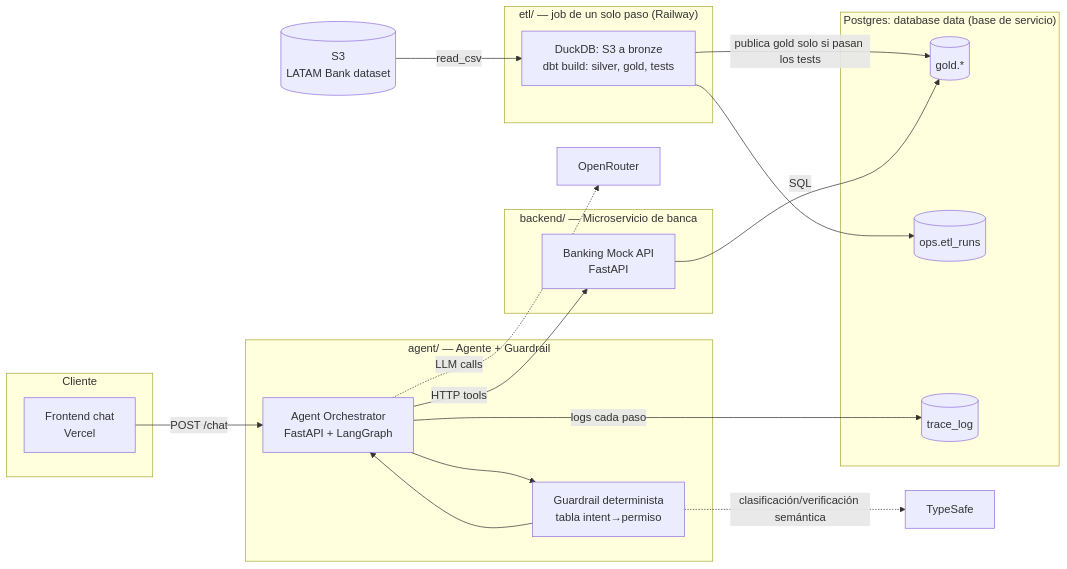
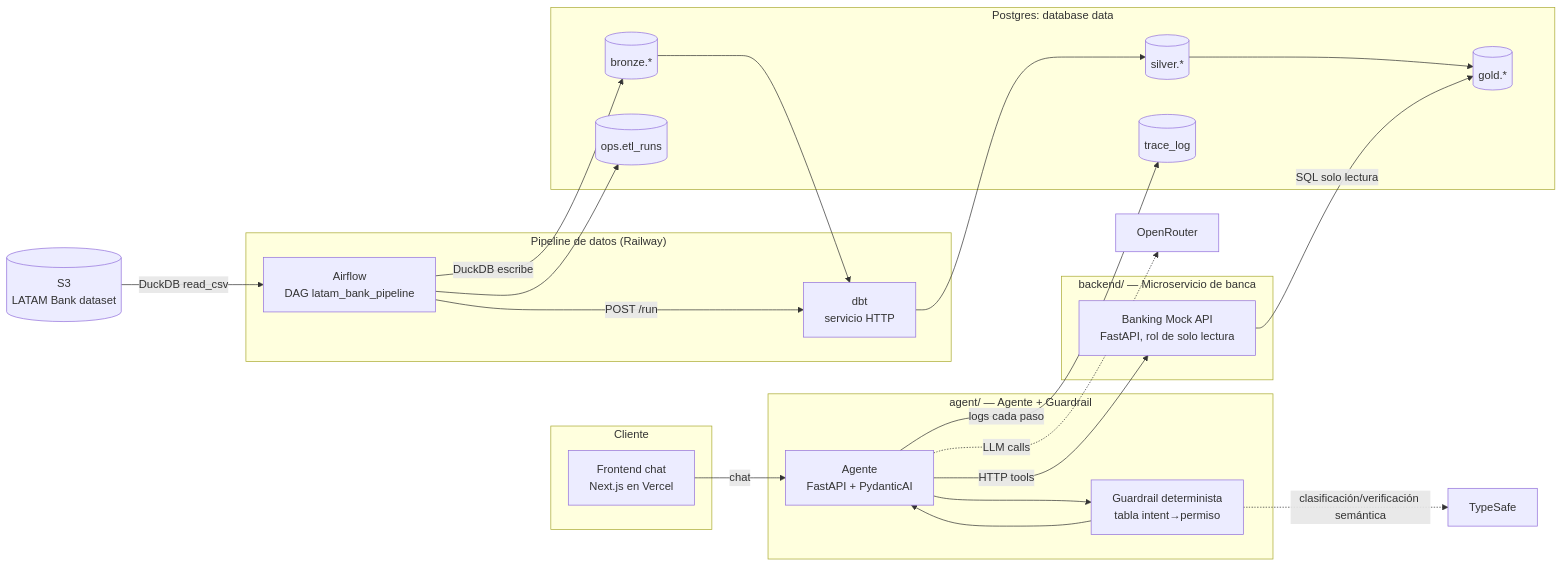
Before and after one commit to diego-rejalas/factored-hackathon-2026-bitcoders: the first of 2 diagrams in spec/ARCHITECTURE.md, drawn with Mermaid. The commit also changed other lines of this file and 12 other files, not shown here.

First line of the commit message:
docs: architecture for Airflow + DuckDB + dbt on Postgres, PydanticAI agent, Vercel frontend

````diff
--- a/spec/ARCHITECTURE.md
+++ b/spec/ARCHITECTURE.md
@@ -9,38 +9,45 @@
 ```mermaid
 flowchart LR
     subgraph client["Cliente"]
-        FE[Frontend chat<br/>Vercel]
+        FE[Frontend chat<br/>Next.js en Vercel]
     end
 
     subgraph agentv["agent/ — Agente + Guardrail"]
-        AGENT[Agent Orchestrator<br/>FastAPI + LangGraph]
+        AGENT[Agente<br/>FastAPI + PydanticAI]
         GUARD[Guardrail determinista<br/>tabla intent→permiso]
         AGENT --> GUARD
         GUARD --> AGENT
     end
 
     subgraph bankv["backend/ — Microservicio de banca"]
-        BANK[Banking Mock API<br/>FastAPI]
+        BANK[Banking Mock API<br/>FastAPI, rol de solo lectura]
     end
 
-    subgraph etlv["etl/ — job de un solo paso (Railway)"]
-        ETL[DuckDB: S3 a bronze<br/>dbt build: silver, gold, tests]
+    subgraph etlv["Pipeline de datos (Railway)"]
+        AF[Airflow<br/>DAG latam_bank_pipeline]
+        DBT[dbt<br/>servicio HTTP]
     end
 
-    subgraph data["Postgres: database data (base de servicio)"]
+    subgraph data["Postgres: database data"]
+        BRONZE[(bronze.*)]
+        SILVER[(silver.*)]
         GOLD[(gold.*)]
         OPS[(ops.etl_runs)]
         TRACE[(trace_log)]
     end
 
-    S3[(S3<br/>LATAM Bank dataset)] -->|read_csv| ETL
-    ETL -->|publica gold solo si pasan los tests| GOLD
-    ETL --> OPS
+    S3[(S3<br/>LATAM Bank dataset)] -->|DuckDB read_csv| AF
+    AF -->|DuckDB escribe| BRONZE
+    AF -->|POST /run| DBT
+    BRONZE --> DBT
+    DBT --> SILVER
+    SILVER --> GOLD
+    AF --> OPS
 
-    FE -->|POST /chat| AGENT
+    FE -->|chat| AGENT
     AGENT -->|logs cada paso| TRACE
     AGENT -->|HTTP tools| BANK
-    BANK -->|SQL| GOLD
+    BANK -->|SQL solo lectura| GOLD
     AGENT -.->|LLM calls| OR[OpenRouter]
     GUARD -.->|clasificación/verificación semántica| TS[TypeSafe]
 ```
````
